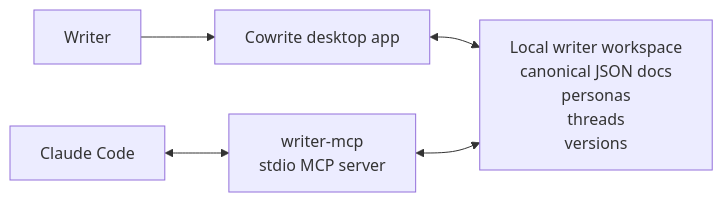
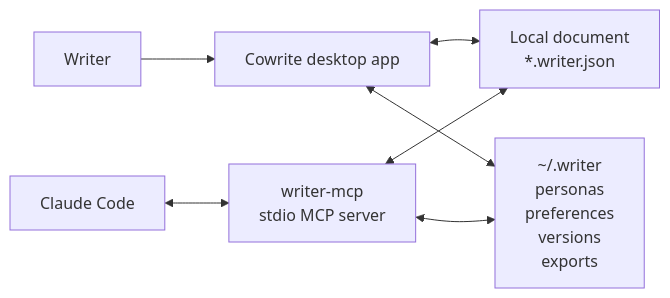
Before and after one commit to JaeSang1998/cowrite: the first of 2 diagrams in README.md, drawn with Mermaid. The commit also changed other lines of this file, not shown here.

````diff
--- a/README.md
+++ b/README.md
@@ -43,7 +74,9 @@
 ```mermaid
 flowchart LR
   Writer["Writer"] --> Desktop["Cowrite desktop app"]
-  Desktop <--> Files["Local writer workspace\ncanonical JSON docs\npersonas\nthreads\nversions"]
-  Claude["Claude Code"] <--> MCP["writer-mcp\nstdio MCP server"]
-  MCP <--> Files
+  Desktop <--> Doc["Local document<br/>*.writer.json"]
+  Desktop <--> Home["~/.writer<br/>personas<br/>preferences<br/>versions<br/>exports"]
+  Claude["Claude Code"] <--> MCP["writer-mcp<br/>stdio MCP server"]
+  MCP <--> Doc
+  MCP <--> Home
 ```
````
